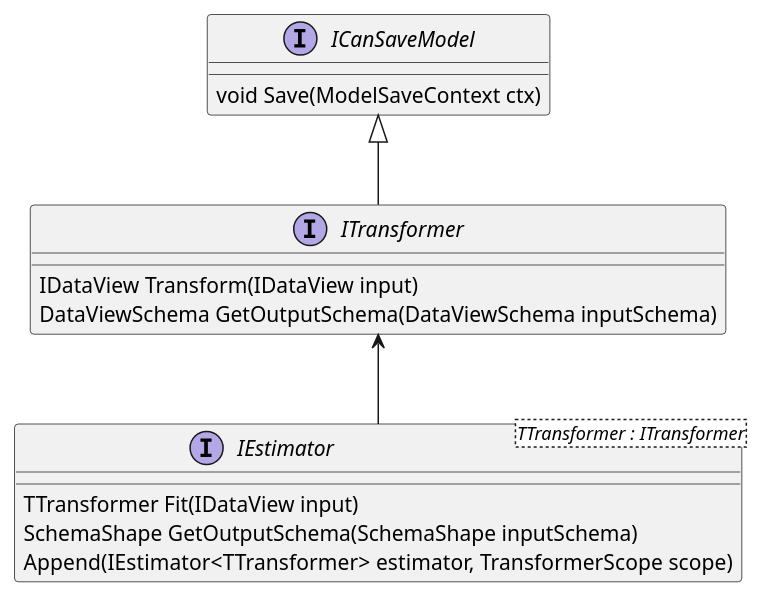
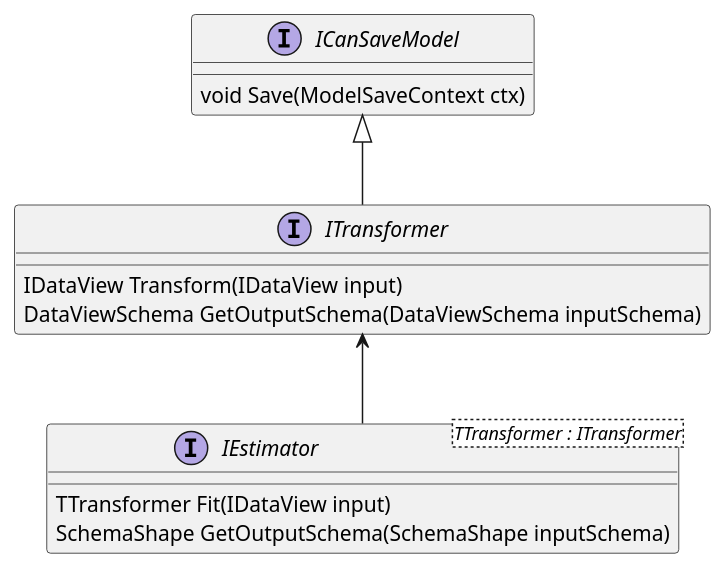
Before and after one commit to RobinNunkesser/plantuml: the diagram in mlnetint.pu, drawn with PlantUML. The commit also changed 4 other files, not shown here.

Commit message:
ML.NET diagrams

```diff
--- a/mlnetint.pu
+++ b/mlnetint.pu
@@ -1,24 +1,23 @@
 @startuml
 
 interface IEstimator<TTransformer : ITransformer> 
 {
     TTransformer Fit(IDataView input)
     SchemaShape GetOutputSchema(SchemaShape inputSchema)
-    Append(IEstimator<TTransformer> estimator, TransformerScope scope)
 }
 
 interface ITransformer 
 {
     IDataView Transform(IDataView input)
     DataViewSchema GetOutputSchema(DataViewSchema inputSchema)
 }
 
 interface ICanSaveModel
 {
     void Save(ModelSaveContext ctx)
 }
 
 ICanSaveModel <|-- ITransformer
 ITransformer <-- IEstimator
 
 @enduml
```
